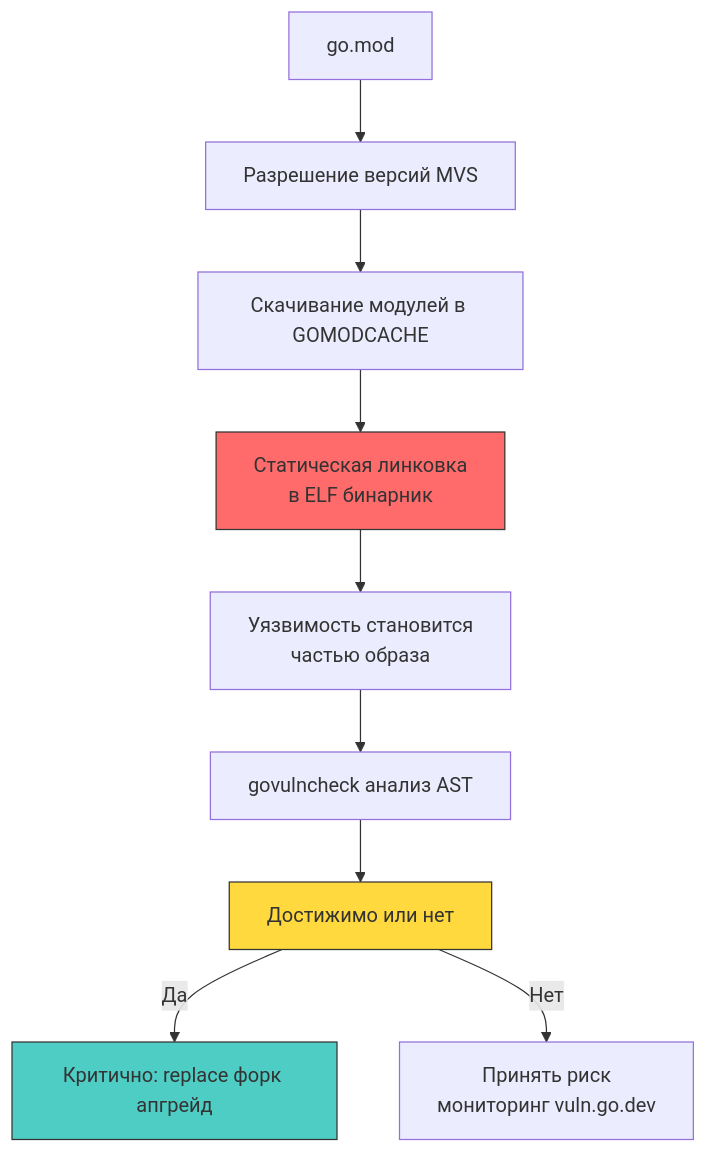
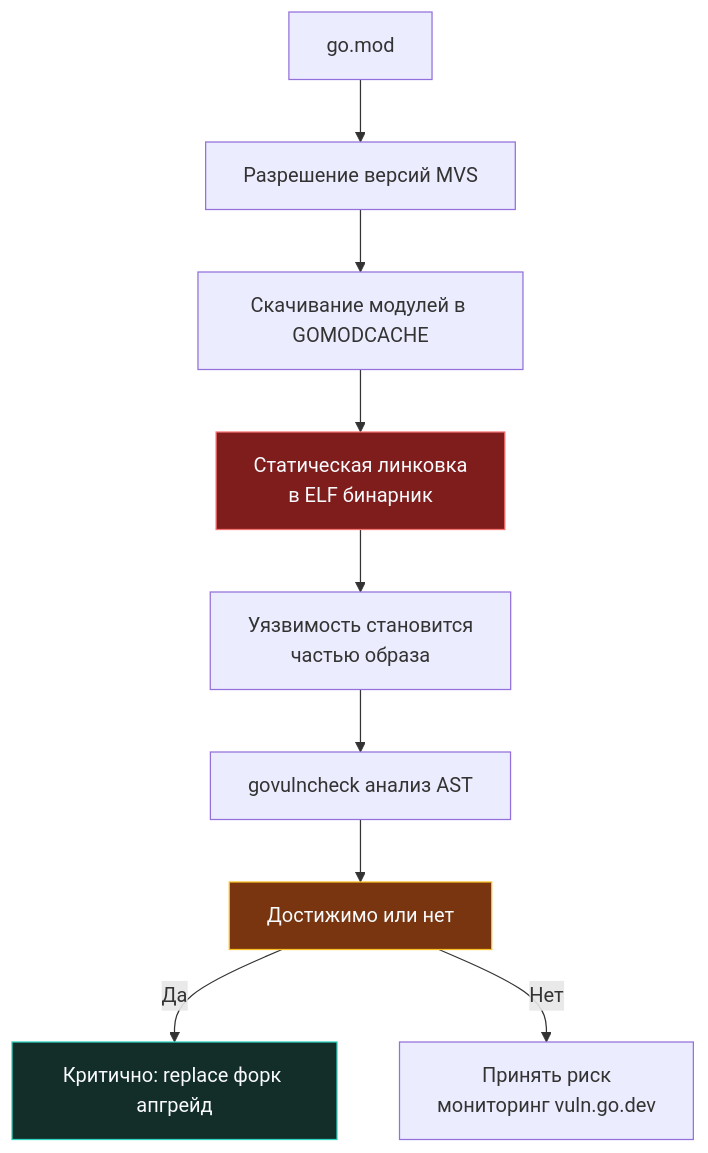
One commit to UnrealTemplier/go-textbook changed the diagram in sources/17. Безопасность (AppSec в Go)/06. Инфраструктура и секреты/6. Dependency vulnerabilities.md. Above: the diagram before and after it, drawn with Mermaid. The commit also changed 310 other files, not shown here.

First line of the commit message:
fix(mermaid): replace light fill colors with dark palette for readability on dark theme

````diff
--- a/sources/17. Безопасность (AppSec в Go)/06. Инфраструктура и секреты/6. Dependency vulnerabilities.md
+++ b/sources/17. Безопасность (AppSec в Go)/06. Инфраструктура и секреты/6. Dependency vulnerabilities.md
@@ -9,15 +9,15 @@
 ```mermaid
 flowchart TD
     A["go.mod"] --> B["Разрешение версий MVS"]
     B --> C["Скачивание модулей в GOMODCACHE"]
     C --> D["Статическая линковка<br>в ELF бинарник"]
     D --> E["Уязвимость становится<br>частью образа"]
     E --> F["govulncheck анализ AST"]
     F --> G["Достижимо или нет"]
     G -->|"Да"| H["Критично: replace форк апгрейд"]
     G -->|"Нет"| I["Принять риск<br>мониторинг vuln.go.dev"]
     
-    style D fill:#ff6b6b,stroke:#333
-    style G fill:#ffd93d,stroke:#333
-    style H fill:#4ecdc4,stroke:#333
+    style D fill:#7f1d1d,stroke:#f87171,color:#f8fafc
+    style G fill:#78350f,stroke:#fbbf24,color:#f8fafc
+    style H fill:#132d29,stroke:#2dd4bf,color:#f8fafc
 ```
````
